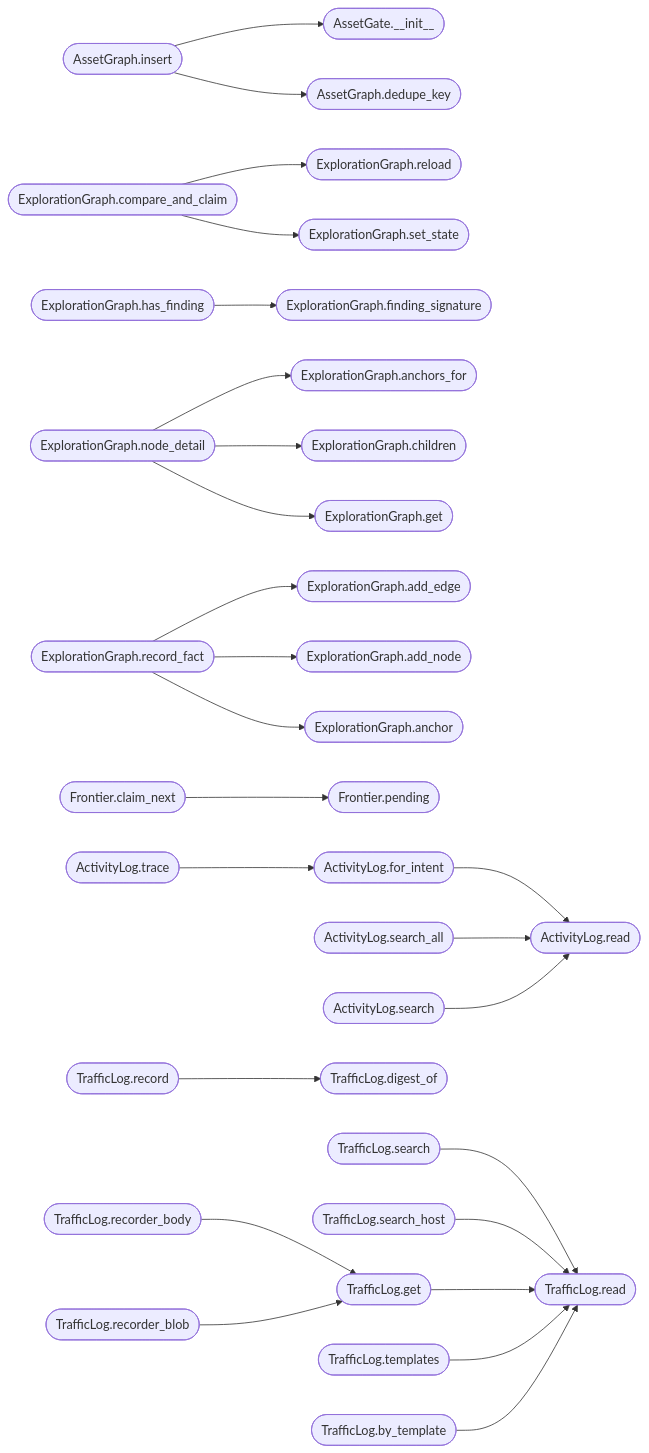
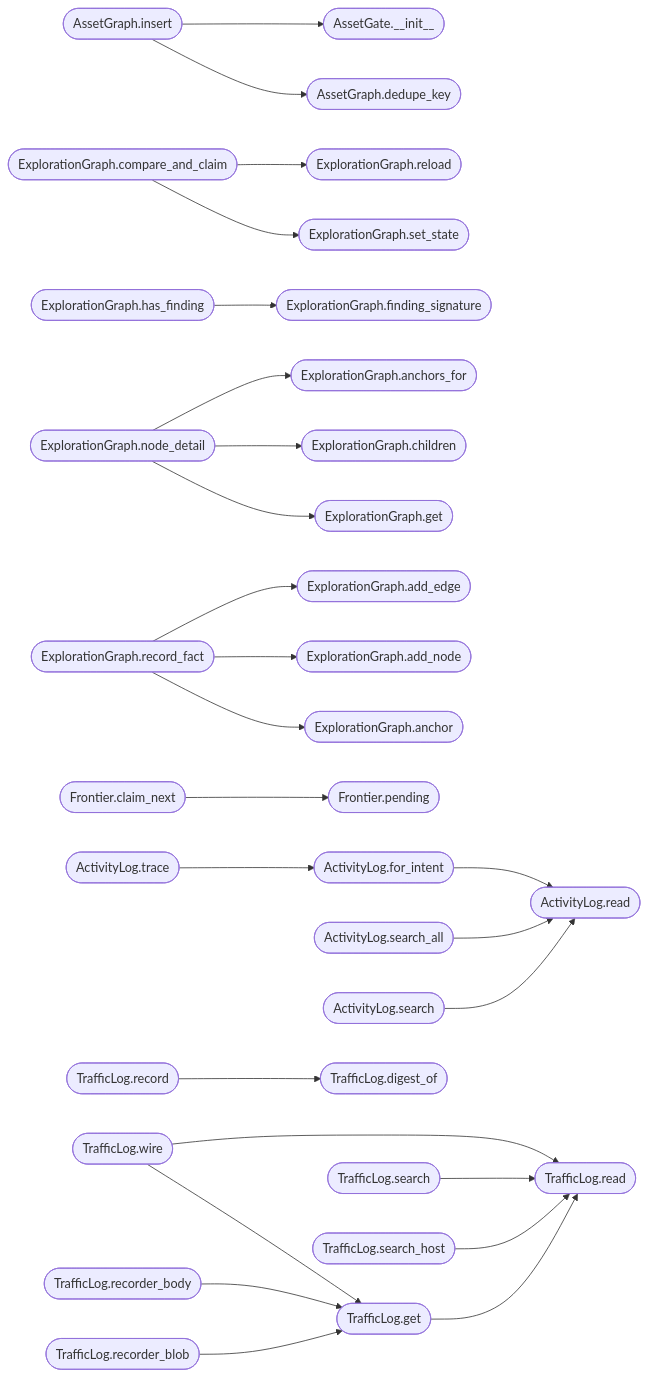
One commit to grisuno/LazyOwn changed the second of 2 diagrams in readmenator-apidocs/modules/modules.lazy_loop.py.md. Above: the diagram before and after it, drawn with Mermaid. The commit also changed other lines of this file and 508 other files, not shown here.

````diff
--- a/readmenator-apidocs/modules/modules.lazy_loop.py.md
+++ b/readmenator-apidocs/modules/modules.lazy_loop.py.md
@@ -269,60 +271,59 @@
 ```mermaid
 flowchart LR
     n_modules_lazy_loop_py__AssetGraph_insert(["AssetGraph.insert"])
     n_modules_lazy_loop_py__AssetGate___init__(["AssetGate.__init__"])
     n_modules_lazy_loop_py__AssetGraph_dedupe_key(["AssetGraph.dedupe_key"])
     n_modules_lazy_loop_py__ExplorationGraph_compare_and_claim(["ExplorationGraph.compare_and_claim"])
     n_modules_lazy_loop_py__ExplorationGraph_reload(["ExplorationGraph.reload"])
     n_modules_lazy_loop_py__ExplorationGraph_set_state(["ExplorationGraph.set_state"])
     n_modules_lazy_loop_py__ExplorationGraph_has_finding(["ExplorationGraph.has_finding"])
     n_modules_lazy_loop_py__ExplorationGraph_finding_signature(["ExplorationGraph.finding_signature"])
     n_modules_lazy_loop_py__ExplorationGraph_node_detail(["ExplorationGraph.node_detail"])
     n_modules_lazy_loop_py__ExplorationGraph_anchors_for(["ExplorationGraph.anchors_for"])
     n_modules_lazy_loop_py__ExplorationGraph_children(["ExplorationGraph.children"])
     n_modules_lazy_loop_py__ExplorationGraph_get(["ExplorationGraph.get"])
     n_modules_lazy_loop_py__ExplorationGraph_record_fact(["ExplorationGraph.record_fact"])
     n_modules_lazy_loop_py__ExplorationGraph_add_edge(["ExplorationGraph.add_edge"])
     n_modules_lazy_loop_py__ExplorationGraph_add_node(["ExplorationGraph.add_node"])
     n_modules_lazy_loop_py__ExplorationGraph_anchor(["ExplorationGraph.anchor"])
     n_modules_lazy_loop_py__Frontier_claim_next(["Frontier.claim_next"])
     n_modules_lazy_loop_py__Frontier_pending(["Frontier.pending"])
     n_modules_lazy_loop_py__ActivityLog_for_intent(["ActivityLog.for_intent"])
     n_modules_lazy_loop_py__ActivityLog_read(["ActivityLog.read"])
     n_modules_lazy_loop_py__ActivityLog_trace(["ActivityLog.trace"])
     n_modules_lazy_loop_py__ActivityLog_search_all(["ActivityLog.search_all"])
     n_modules_lazy_loop_py__ActivityLog_search(["ActivityLog.search"])
     n_modules_lazy_loop_py__TrafficLog_record(["TrafficLog.record"])
     n_modules_lazy_loop_py__TrafficLog_digest_of(["TrafficLog.digest_of"])
+    n_modules_lazy_loop_py__TrafficLog_wire(["TrafficLog.wire"])
+    n_modules_lazy_loop_py__TrafficLog_get(["TrafficLog.get"])
+    n_modules_lazy_loop_py__TrafficLog_read(["TrafficLog.read"])
     n_modules_lazy_loop_py__TrafficLog_search(["TrafficLog.search"])
-    n_modules_lazy_loop_py__TrafficLog_read(["TrafficLog.read"])
     n_modules_lazy_loop_py__TrafficLog_search_host(["TrafficLog.search_host"])
-    n_modules_lazy_loop_py__TrafficLog_get(["TrafficLog.get"])
     n_modules_lazy_loop_py__TrafficLog_recorder_body(["TrafficLog.recorder_body"])
     n_modules_lazy_loop_py__TrafficLog_recorder_blob(["TrafficLog.recorder_blob"])
-    n_modules_lazy_loop_py__TrafficLog_templates(["TrafficLog.templates"])
-    n_modules_lazy_loop_py__TrafficLog_by_template(["TrafficLog.by_template"])
     n_modules_lazy_loop_py__AssetGraph_insert --> n_modules_lazy_loop_py__AssetGate___init__
     n_modules_lazy_loop_py__AssetGraph_insert --> n_modules_lazy_loop_py__AssetGraph_dedupe_key
     n_modules_lazy_loop_py__ExplorationGraph_compare_and_claim --> n_modules_lazy_loop_py__ExplorationGraph_reload
     n_modules_lazy_loop_py__ExplorationGraph_compare_and_claim --> n_modules_lazy_loop_py__ExplorationGraph_set_state
     n_modules_lazy_loop_py__ExplorationGraph_has_finding --> n_modules_lazy_loop_py__ExplorationGraph_finding_signature
     n_modules_lazy_loop_py__ExplorationGraph_node_detail --> n_modules_lazy_loop_py__ExplorationGraph_anchors_for
     n_modules_lazy_loop_py__ExplorationGraph_node_detail --> n_modules_lazy_loop_py__ExplorationGraph_children
     n_modules_lazy_loop_py__ExplorationGraph_node_detail --> n_modules_lazy_loop_py__ExplorationGraph_get
     n_modules_lazy_loop_py__ExplorationGraph_record_fact --> n_modules_lazy_loop_py__ExplorationGraph_add_edge
     n_modules_lazy_loop_py__ExplorationGraph_record_fact --> n_modules_lazy_loop_py__ExplorationGraph_add_node
     n_modules_lazy_loop_py__ExplorationGraph_record_fact --> n_modules_lazy_loop_py__ExplorationGraph_anchor
     n_modules_lazy_loop_py__Frontier_claim_next --> n_modules_lazy_loop_py__Frontier_pending
     n_modules_lazy_loop_py__ActivityLog_for_intent --> n_modules_lazy_loop_py__ActivityLog_read
     n_modules_lazy_loop_py__ActivityLog_trace --> n_modules_lazy_loop_py__ActivityLog_for_intent
     n_modules_lazy_loop_py__ActivityLog_search_all --> n_modules_lazy_loop_py__ActivityLog_read
     n_modules_lazy_loop_py__ActivityLog_search --> n_modules_lazy_loop_py__ActivityLog_read
     n_modules_lazy_loop_py__TrafficLog_record --> n_modules_lazy_loop_py__TrafficLog_digest_of
+    n_modules_lazy_loop_py__TrafficLog_wire --> n_modules_lazy_loop_py__TrafficLog_get
+    n_modules_lazy_loop_py__TrafficLog_wire --> n_modules_lazy_loop_py__TrafficLog_read
     n_modules_lazy_loop_py__TrafficLog_search --> n_modules_lazy_loop_py__TrafficLog_read
     n_modules_lazy_loop_py__TrafficLog_search_host --> n_modules_lazy_loop_py__TrafficLog_read
     n_modules_lazy_loop_py__TrafficLog_get --> n_modules_lazy_loop_py__TrafficLog_read
     n_modules_lazy_loop_py__TrafficLog_recorder_body --> n_modules_lazy_loop_py__TrafficLog_get
     n_modules_lazy_loop_py__TrafficLog_recorder_blob --> n_modules_lazy_loop_py__TrafficLog_get
-    n_modules_lazy_loop_py__TrafficLog_templates --> n_modules_lazy_loop_py__TrafficLog_read
-    n_modules_lazy_loop_py__TrafficLog_by_template --> n_modules_lazy_loop_py__TrafficLog_read
 ```
````
